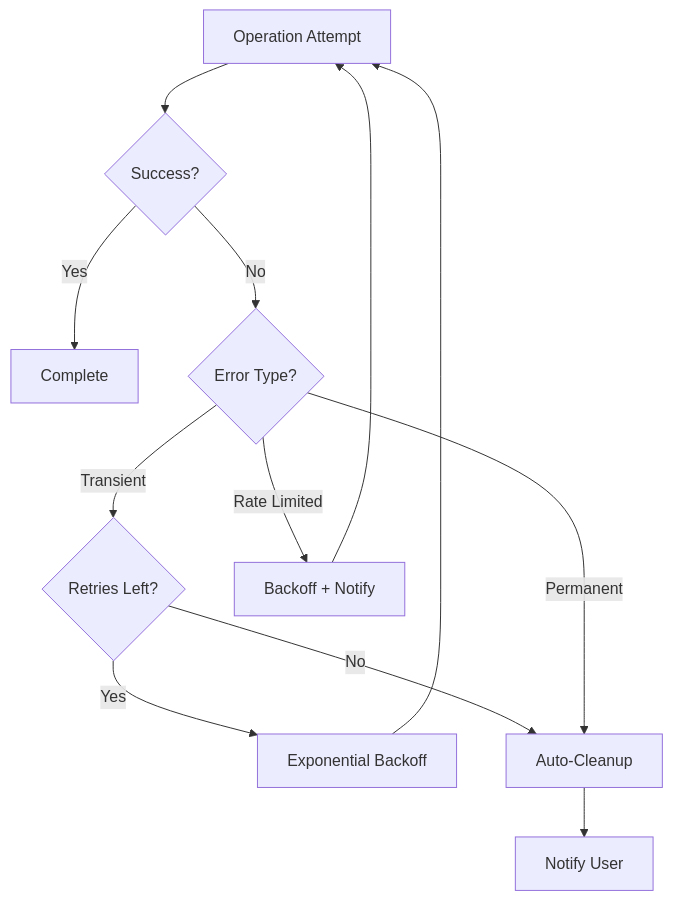
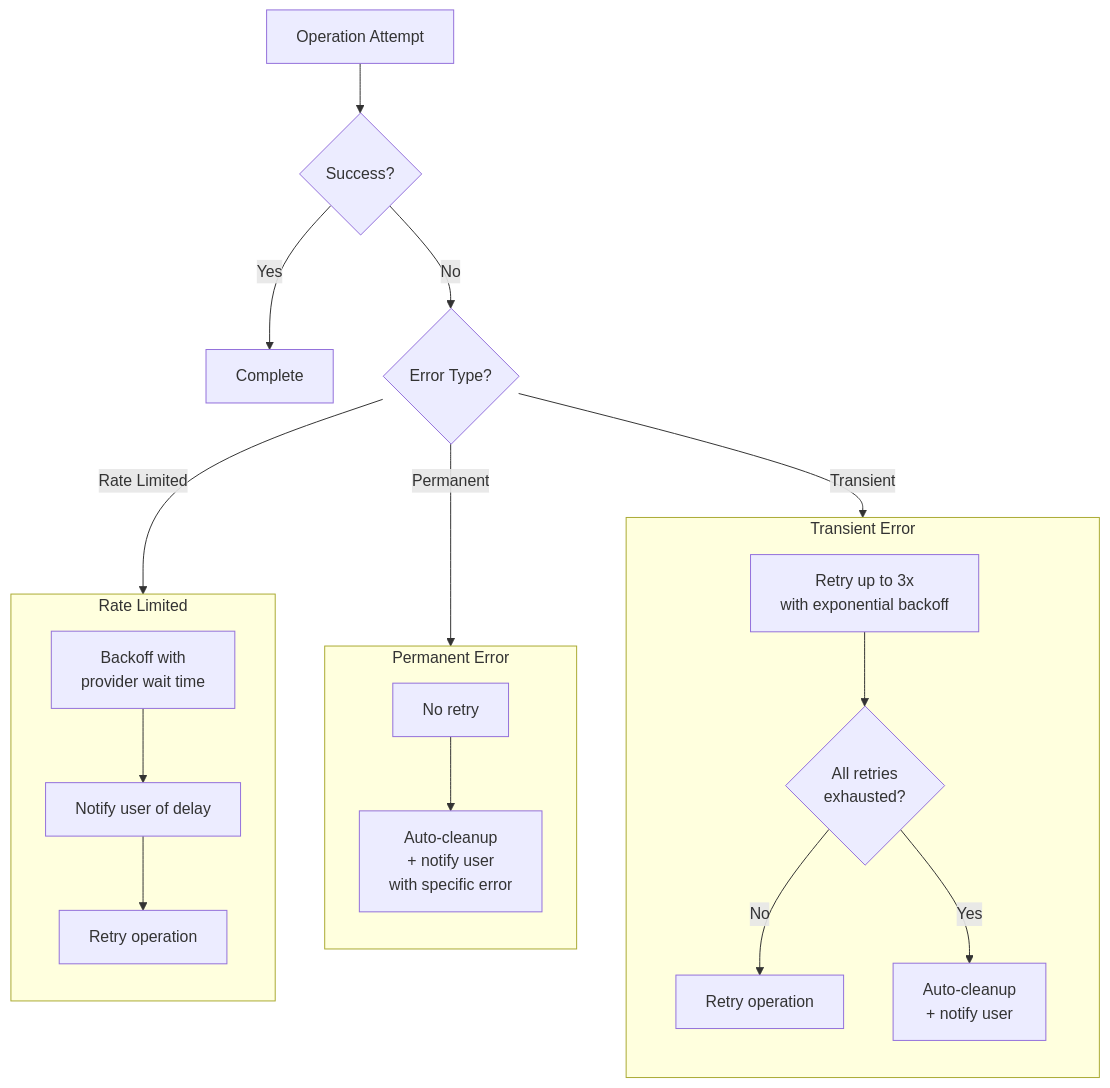
Before and after one commit to saemanas/oh-my-vpn: the second of 3 diagrams in docs/architecture/cross-cutting-concepts.md, drawn with Mermaid.

Commit message:
refactor(cross-cutting): improve error handling diagram readability
- Replace loop-based flowchart with subgraph-separated error paths
- Three parallel paths: Transient, Permanent, Rate Limited
- No crossing lines

````diff
--- a/docs/architecture/cross-cutting-concepts.md
+++ b/docs/architecture/cross-cutting-concepts.md
@@ -34,14 +34,32 @@
 ```mermaid
 flowchart TD
     op[Operation Attempt] --> result{Success?}
     result -->|Yes| done[Complete]
     result -->|No| classify{Error Type?}
 
-    classify -->|Transient| retry{Retries Left?}
-    retry -->|Yes| backoff[Exponential Backoff] --> op
-    retry -->|No| cleanup[Auto-Cleanup] --> notify[Notify User]
+    subgraph transient["Transient Error"]
+        direction TB
+        t1[Retry up to 3x<br/>with exponential backoff]
+        t2{All retries<br/>exhausted?}
+        t1 --> t2
+        t2 -->|No| t3[Retry operation]
+        t2 -->|Yes| t4[Auto-cleanup<br/>+ notify user]
+    end
 
-    classify -->|Permanent| cleanup
+    subgraph permanent["Permanent Error"]
+        direction TB
+        p1[No retry]
+        p1 --> p2[Auto-cleanup<br/>+ notify user<br/>with specific error]
+    end
 
-    classify -->|Rate Limited| rateLimited[Backoff + Notify] --> op
+    subgraph rateLimited["Rate Limited"]
+        direction TB
+        r1[Backoff with<br/>provider wait time]
+        r1 --> r2[Notify user of delay]
+        r2 --> r3[Retry operation]
+    end
+
+    classify -->|Transient| t1
+    classify -->|Permanent| p1
+    classify -->|Rate Limited| r1
 ```
````
